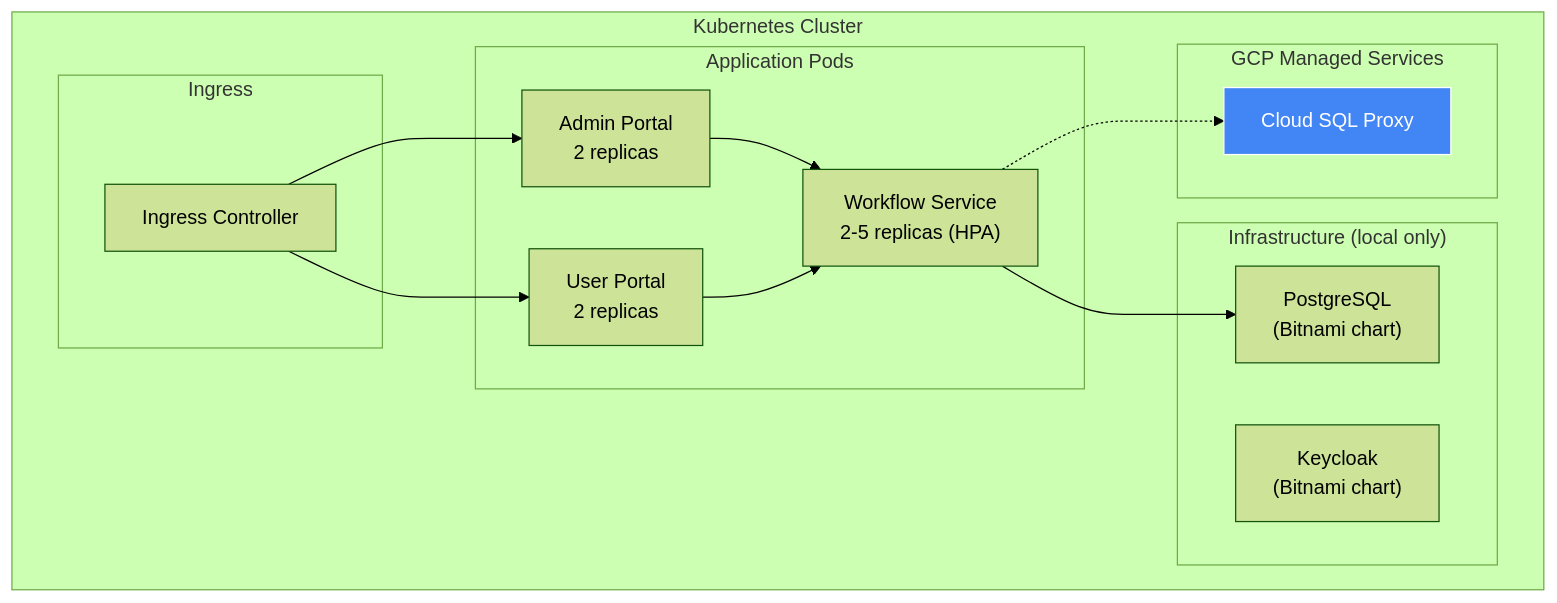
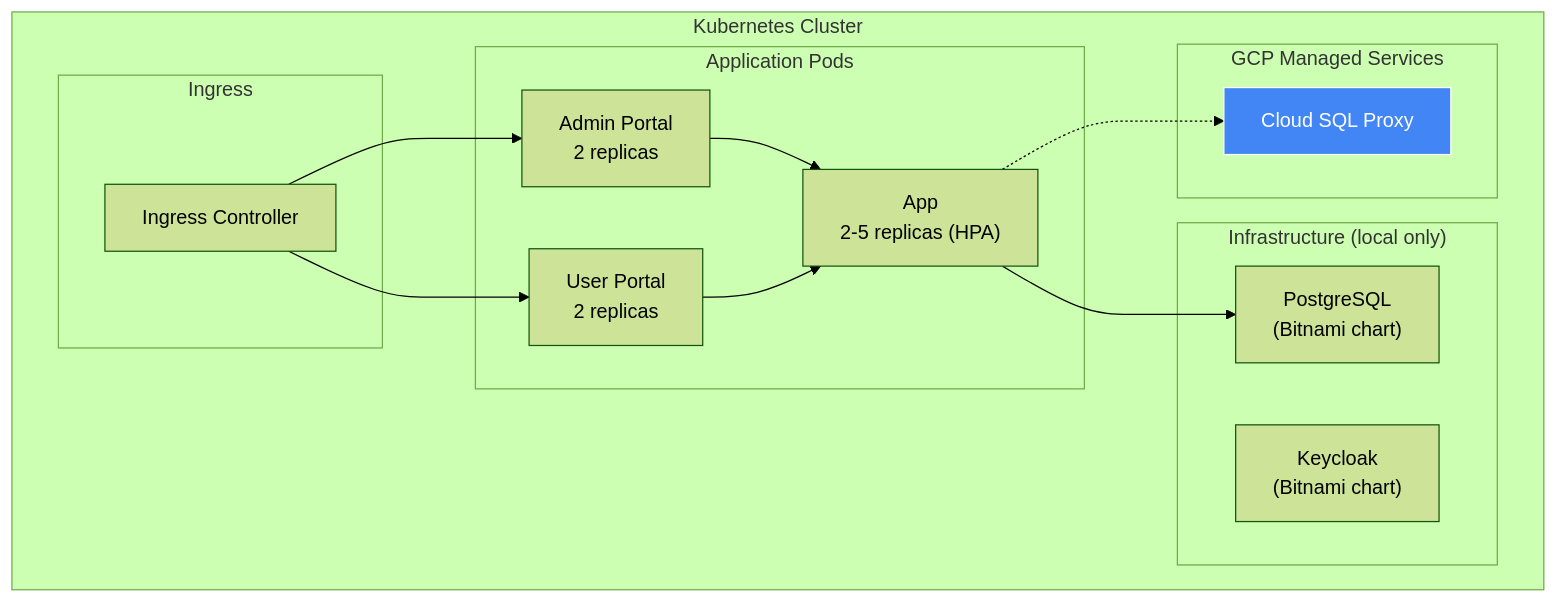
One commit to mszalus/workflow-platform changed the sixth of 6 diagrams in docs/architecture/c4-deployment.md. Above: the diagram before and after it, drawn with Mermaid (forest theme). The commit also changed other lines of this file and 190 other files, not shown here.

First line of the commit message:
feat(app): rename workflow-service to app and fold the shared libraries

````diff
--- a/docs/architecture/c4-deployment.md
+++ b/docs/architecture/c4-deployment.md
@@ -140,32 +140,32 @@
 ```mermaid
 flowchart TD
     subgraph "Kubernetes Cluster"
         subgraph "Ingress"
             ING["Ingress Controller"]
         end
 
         subgraph "Application Pods"
-            WF["Workflow Service<br/>2-5 replicas (HPA)"]
+            WF["App<br/>2-5 replicas (HPA)"]
             AP["Admin Portal<br/>2 replicas"]
             UP["User Portal<br/>2 replicas"]
         end
 
         subgraph "Infrastructure (local only)"
             PG["PostgreSQL<br/>(Bitnami chart)"]
             KC["Keycloak<br/>(Bitnami chart)"]
         end
 
         subgraph "GCP Managed Services"
             CSQL["Cloud SQL Proxy"]
         end
     end
 
     ING --> AP
     ING --> UP
     AP --> WF
     UP --> WF
     WF --> PG
     WF -.-> CSQL
 
     style CSQL fill:#4285f4,stroke:#fff,color:#fff
 ```
````
